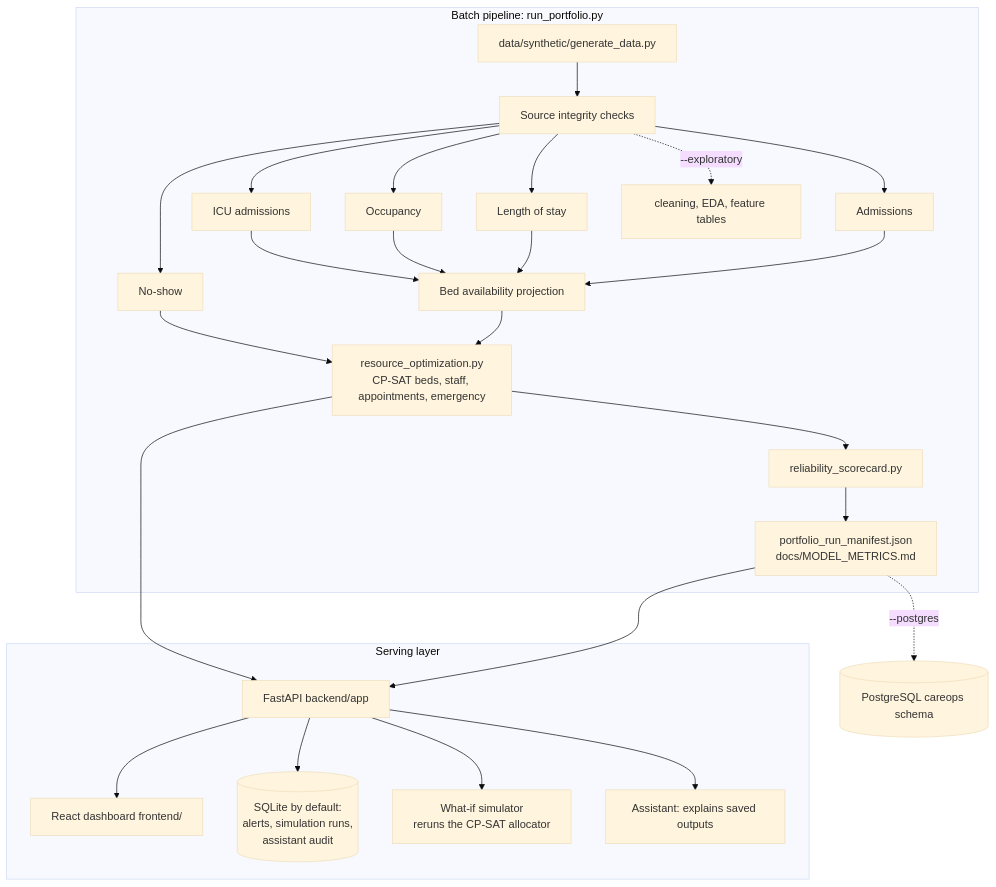
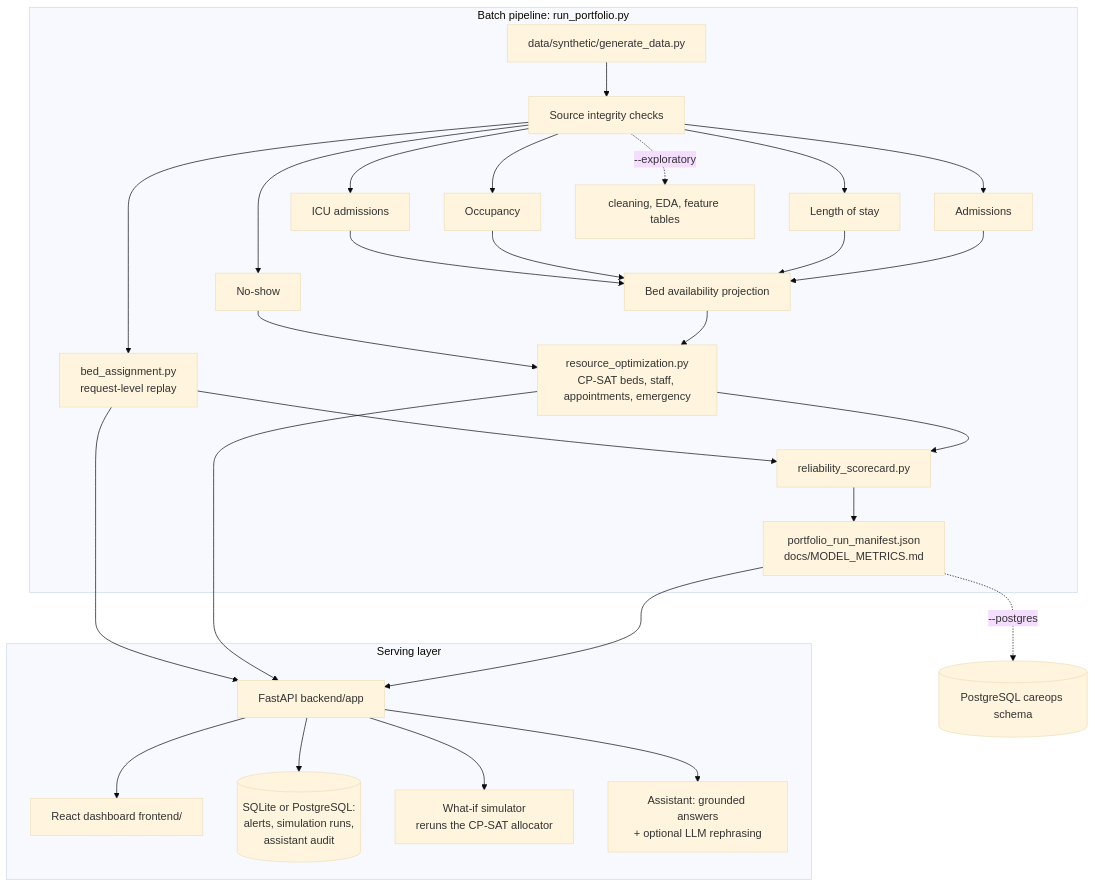
The diagram in docs/architecture.md (krishna6116/CareOps-AI), drawn with Mermaid (base theme) before and after one commit. The commit also changed other lines of this file and 11 other files, not shown here.

First line of the commit message:
Document the replay, assistant, PostgreSQL and CI; add data dictionary

````diff
--- a/docs/architecture.md
+++ b/docs/architecture.md
@@ -8,21 +8,23 @@
 ```mermaid
 flowchart TB
   subgraph Batch["Batch pipeline: run_portfolio.py"]
     G[data/synthetic/generate_data.py] --> V[Source integrity checks]
     V --> F1[Admissions] & F2[Length of stay] & F3[Occupancy] & F4[ICU admissions] & F5[No-show]
     F1 & F2 & F3 & F4 --> P[Bed availability projection]
     P & F5 --> O[resource_optimization.py<br/>CP-SAT beds, staff, appointments, emergency]
-    O --> Q[reliability_scorecard.py]
+    V --> RA[bed_assignment.py<br/>request-level replay]
+    O & RA --> Q[reliability_scorecard.py]
     Q --> M[portfolio_run_manifest.json<br/>docs/MODEL_METRICS.md]
     V -. --exploratory .-> X[cleaning, EDA, feature tables]
   end
   subgraph Serve["Serving layer"]
     API[FastAPI backend/app] --> UI[React dashboard frontend/]
-    API --> DB[(SQLite by default:<br/>alerts, simulation runs,<br/>assistant audit)]
+    API --> DB[(SQLite or PostgreSQL:<br/>alerts, simulation runs,<br/>assistant audit)]
     API --> SIM[What-if simulator<br/>reruns the CP-SAT allocator]
-    API --> AI[Assistant: explains saved outputs]
+    API --> AI[Assistant: grounded answers<br/>+ optional LLM rephrasing]
   end
   M --> API
   O --> API
+  RA --> API
   M -. --postgres .-> PG[(PostgreSQL careops schema)]
 ```
````
